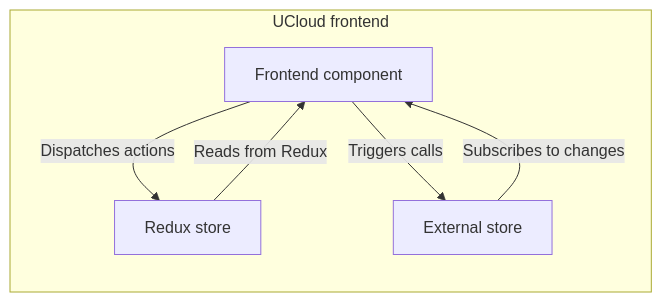
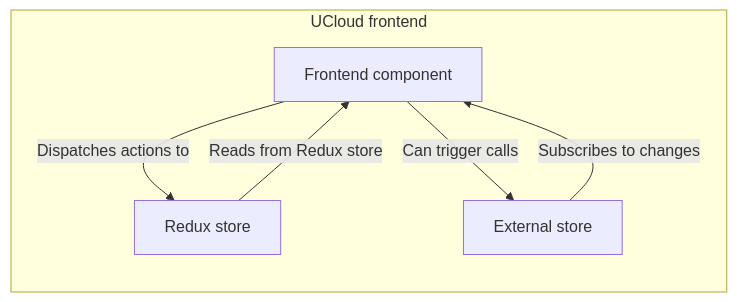
The diagram in provider-integration/im2/docs/src/dev/frontend/frontend-architecture.md (SDU-eScience/UCloud), drawn with Mermaid before and after one commit. The commit also changed other lines of this file and 8 other files, not shown here.

````diff
--- a/provider-integration/im2/docs/src/dev/frontend/frontend-architecture.md
+++ b/provider-integration/im2/docs/src/dev/frontend/frontend-architecture.md
@@ -26,12 +55,12 @@
 ```mermaid
 flowchart LR
     subgraph UCloud frontend
         A["Frontend component"]:::diagram-external-cog-6-tooth
         B["Redux store"]:::diagram-external-cog-6-tooth
         C["External store"]:::diagram-external-cog-6-tooth
-        A -->|Dispatches actions| B
-        B -->|Reads from Redux| A
-        A -->|Triggers calls| C
+        A -->|Dispatches actions to| B
+        B -->|Reads from Redux store| A
+        A -->|Can trigger calls| C
         C -->|Subscribes to changes| A
     end
 ```
````
